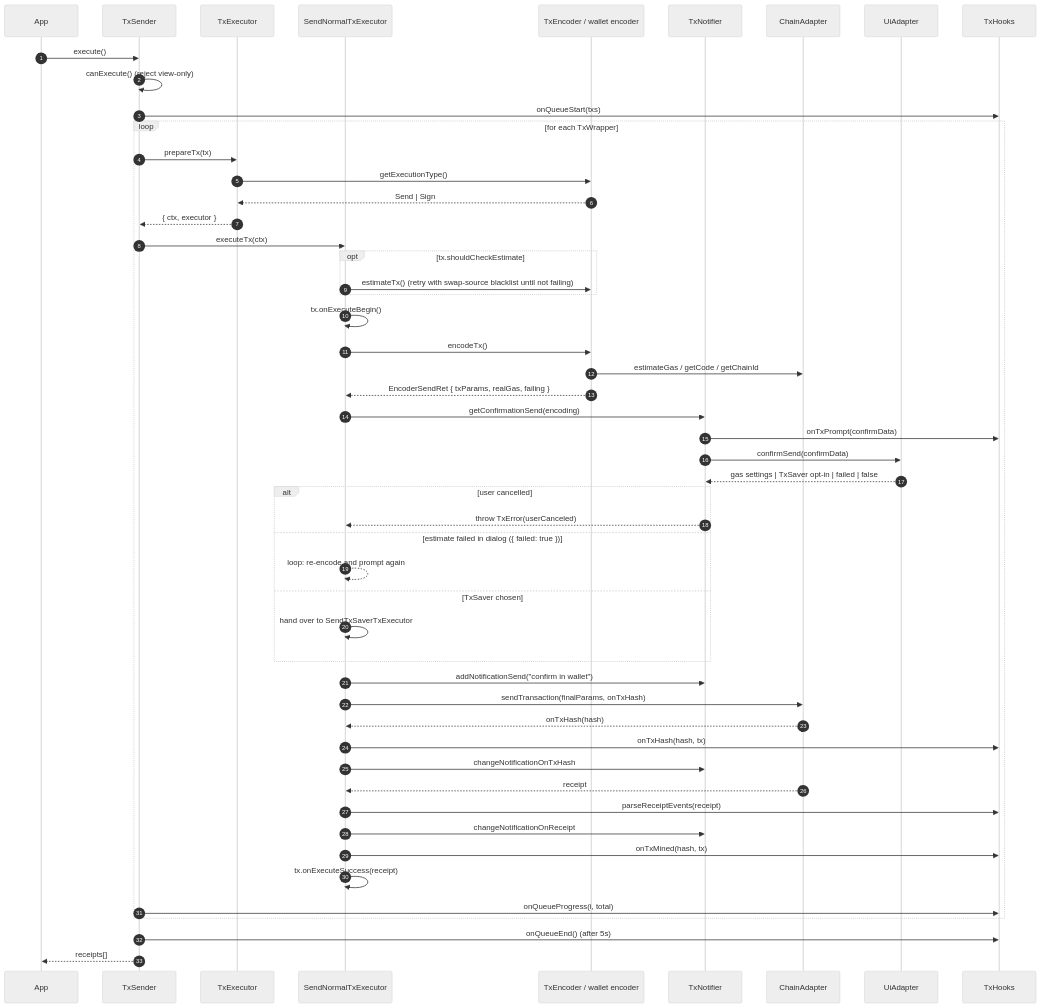
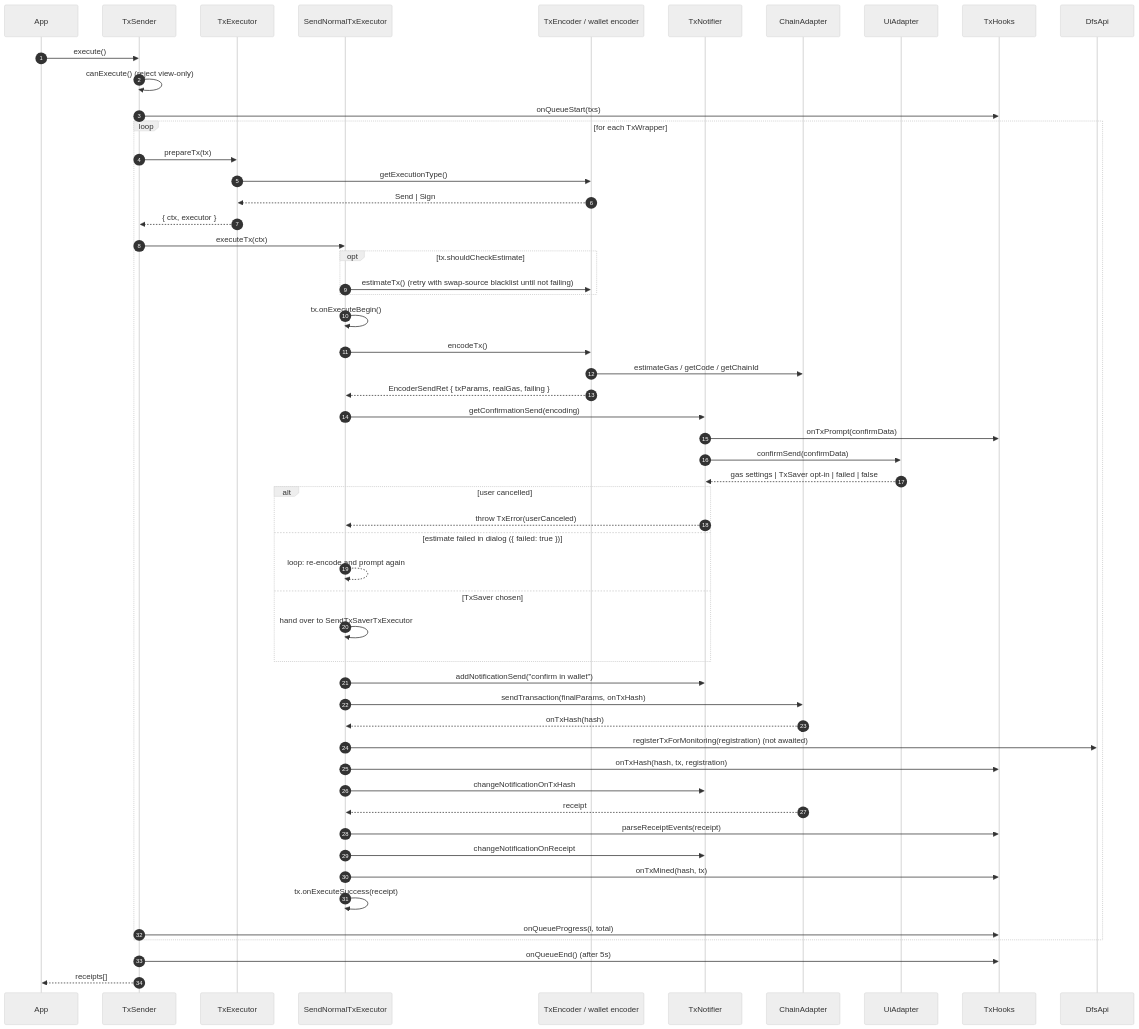
One commit to defisaver/defisaver-tx-sender changed the second of 8 diagrams in README.md. Above: the diagram before and after it, drawn with Mermaid (neutral theme). The commit also changed other lines of this file and 19 other files, not shown here.

````diff
--- a/README.md
+++ b/README.md
@@ -163,55 +163,57 @@
 ```mermaid
 sequenceDiagram
   autonumber
   participant App
   participant TxSender
   participant TxExecutor
   participant Executor as SendNormalTxExecutor
   participant Encoder as TxEncoder / wallet encoder
   participant Notifier as TxNotifier
   participant Chain as ChainAdapter
   participant Ui as UiAdapter
   participant Hooks as TxHooks
+  participant Api as DfsApi
 
   App->>TxSender: execute()
   TxSender->>TxSender: canExecute() (reject view-only)
   TxSender->>Hooks: onQueueStart(txs)
   loop for each TxWrapper
     TxSender->>TxExecutor: prepareTx(tx)
     TxExecutor->>Encoder: getExecutionType()
     Encoder-->>TxExecutor: Send | Sign
     TxExecutor-->>TxSender: { ctx, executor }
     TxSender->>Executor: executeTx(ctx)
     opt tx.shouldCheckEstimate
       Executor->>Encoder: estimateTx() (retry with swap-source blacklist until not failing)
     end
     Executor->>Executor: tx.onExecuteBegin()
     Executor->>Encoder: encodeTx()
     Encoder->>Chain: estimateGas / getCode / getChainId
     Encoder-->>Executor: EncoderSendRet { txParams, realGas, failing }
     Executor->>Notifier: getConfirmationSend(encoding)
     Notifier->>Hooks: onTxPrompt(confirmData)
     Notifier->>Ui: confirmSend(confirmData)
     Ui-->>Notifier: gas settings | TxSaver opt-in | failed | false
     alt user cancelled
       Notifier-->>Executor: throw TxError(userCanceled)
     else estimate failed in dialog ({ failed: true })
       Executor-->>Executor: loop: re-encode and prompt again
     else TxSaver chosen
       Executor->>Executor: hand over to SendTxSaverTxExecutor
     end
     Executor->>Notifier: addNotificationSend("confirm in wallet")
     Executor->>Chain: sendTransaction(finalParams, onTxHash)
     Chain-->>Executor: onTxHash(hash)
-    Executor->>Hooks: onTxHash(hash, tx)
+    Executor->>Api: registerTxForMonitoring(registration) (not awaited)
+    Executor->>Hooks: onTxHash(hash, tx, registration)
     Executor->>Notifier: changeNotificationOnTxHash
     Chain-->>Executor: receipt
     Executor->>Hooks: parseReceiptEvents(receipt)
     Executor->>Notifier: changeNotificationOnReceipt
     Executor->>Hooks: onTxMined(hash, tx)
     Executor->>Executor: tx.onExecuteSuccess(receipt)
     TxSender->>Hooks: onQueueProgress(i, total)
   end
   TxSender->>Hooks: onQueueEnd() (after 5s)
   TxSender-->>App: receipts[]
 ```
````
